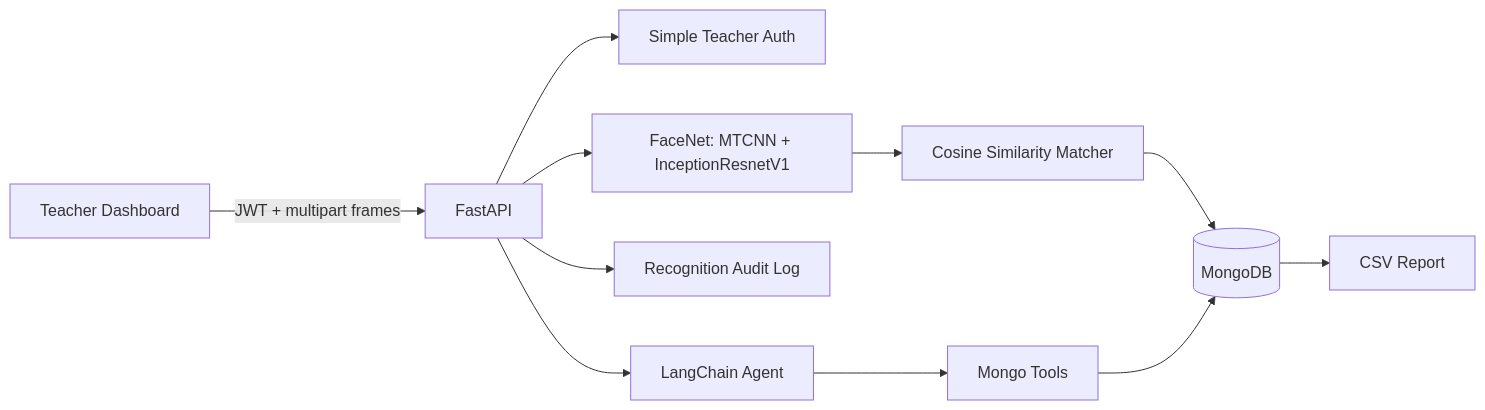
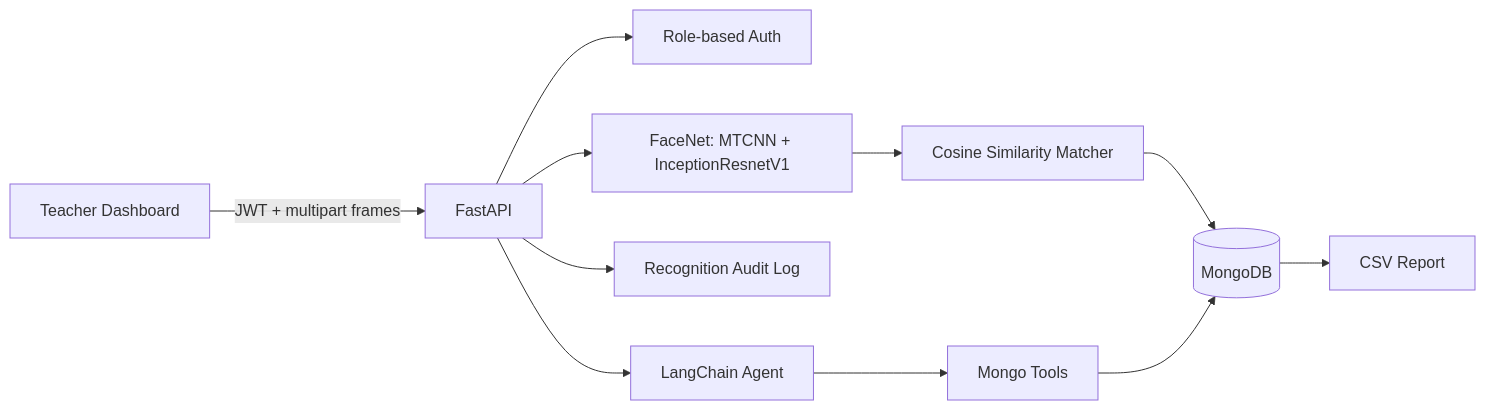
Before and after one commit to Samyak9109/FaceRoll: the diagram in README.md, drawn with Mermaid. The commit also changed other lines of this file and 13 other files, not shown here.

````diff
--- a/README.md
+++ b/README.md
@@ -7,13 +7,13 @@
 ```mermaid
 flowchart LR
   Teacher[Teacher Dashboard] -->|JWT + multipart frames| API[FastAPI]
-  API --> Auth[Simple Teacher Auth]
+  API --> Auth[Role-based Auth]
   API --> Face[FaceNet: MTCNN + InceptionResnetV1]
   Face --> Match[Cosine Similarity Matcher]
   Match --> Mongo[(MongoDB)]
   API --> Audit[Recognition Audit Log]
   API --> Agent[LangChain Agent]
   Agent --> Tools[Mongo Tools]
   Tools --> Mongo
   Mongo --> Export[CSV Report]
 ```
````
